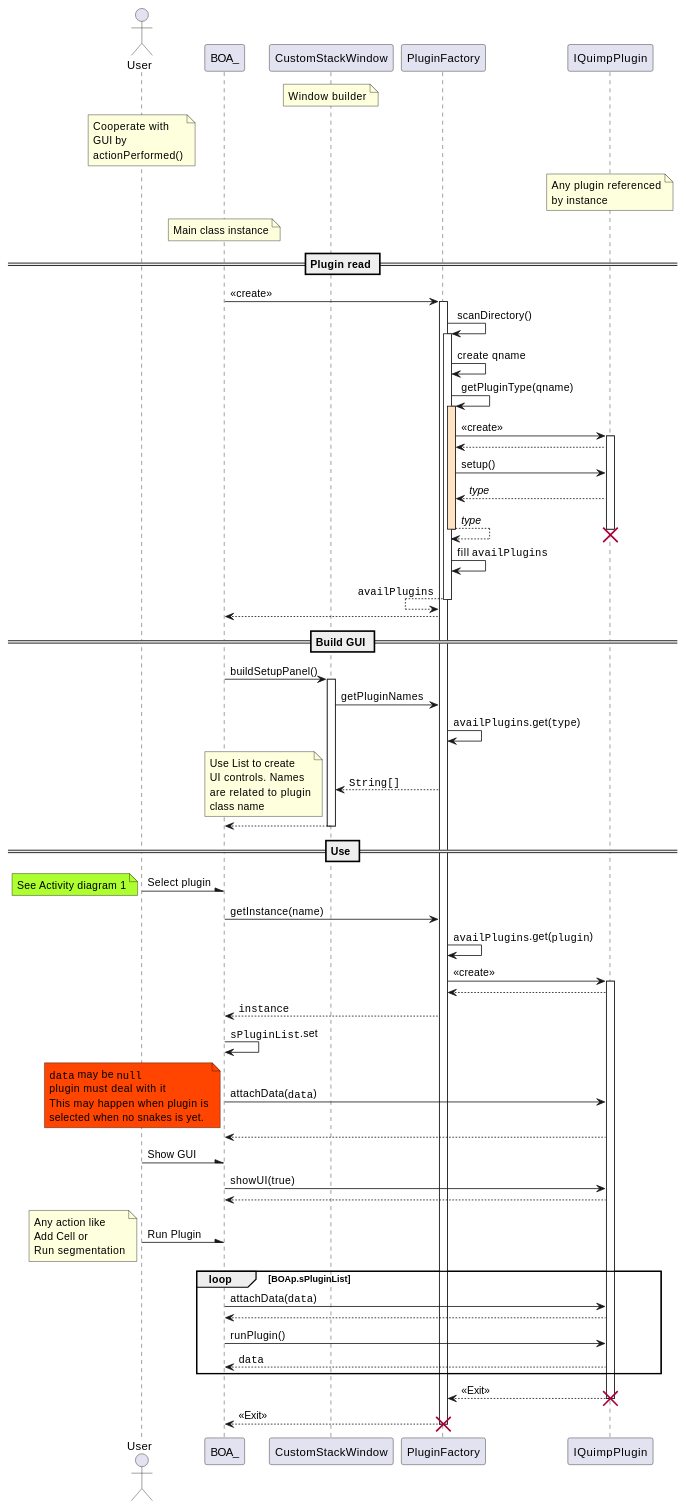
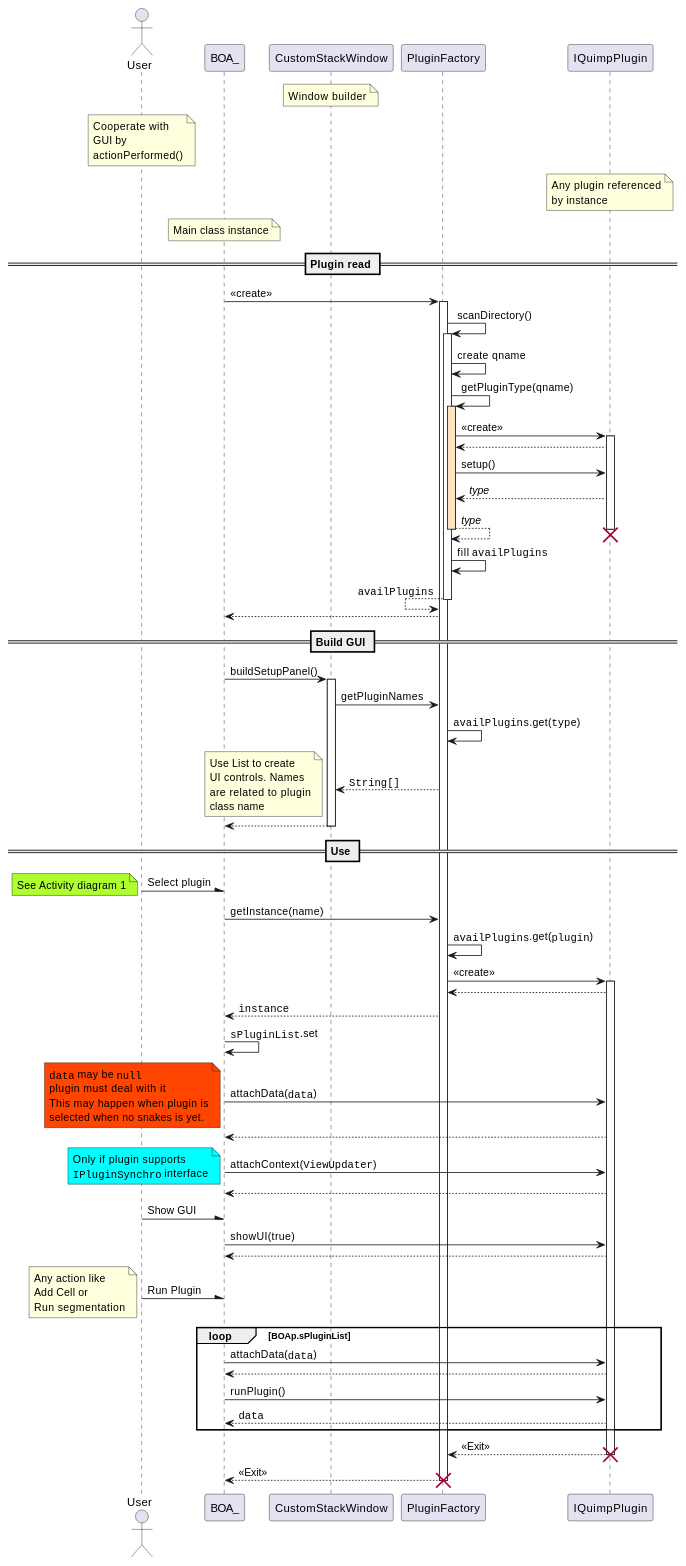
Before and after one commit to CellDynamics/QuimP: the second of 6 diagrams in Doxygen_doc/SnakePlugin.md, drawn with PlantUML. The commit also changed other lines of this file and 4 other files, not shown here.

```diff
--- a/Doxygen_doc/SnakePlugin.md
+++ b/Doxygen_doc/SnakePlugin.md
@@ -141,6 +141,12 @@
 selected when no snakes is yet.
 end note
 Plugin --> QuimP
+QuimP -> Plugin :attachContext(""ViewUpdater"")
+note left #aqua
+Only if plugin supports
+""IPluginSynchro"" interface
+end note
+Plugin --> QuimP
 
 User -\ QuimP : Show GUI
 QuimP -> Plugin : showUI(true)
```
